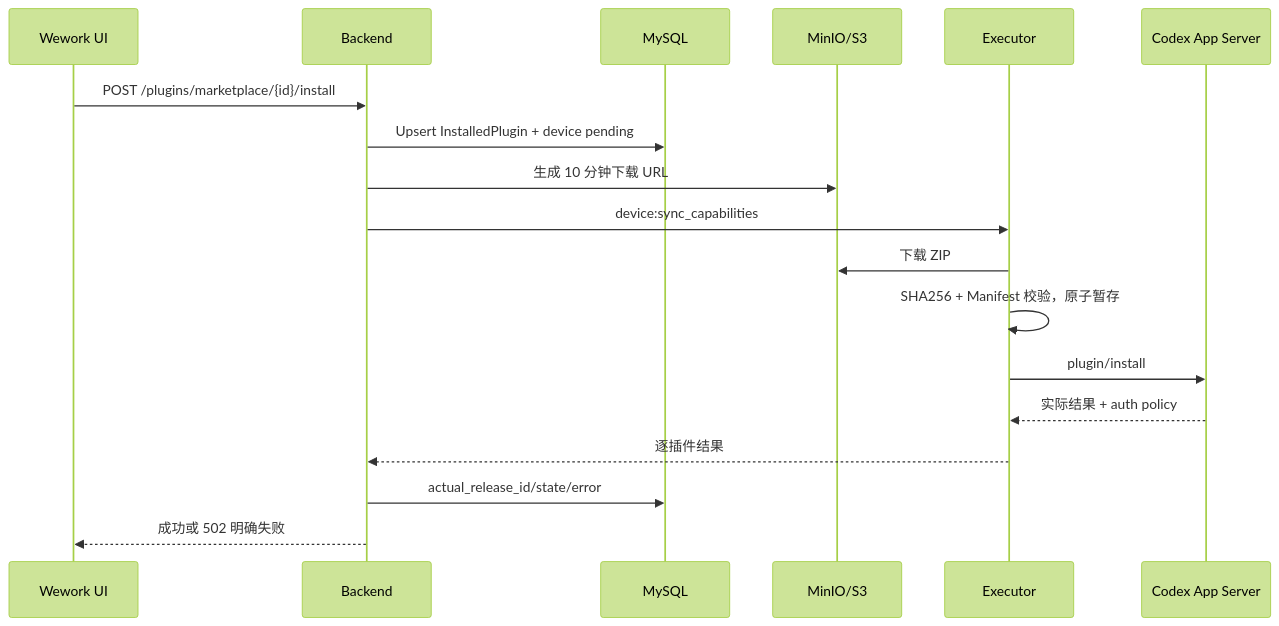
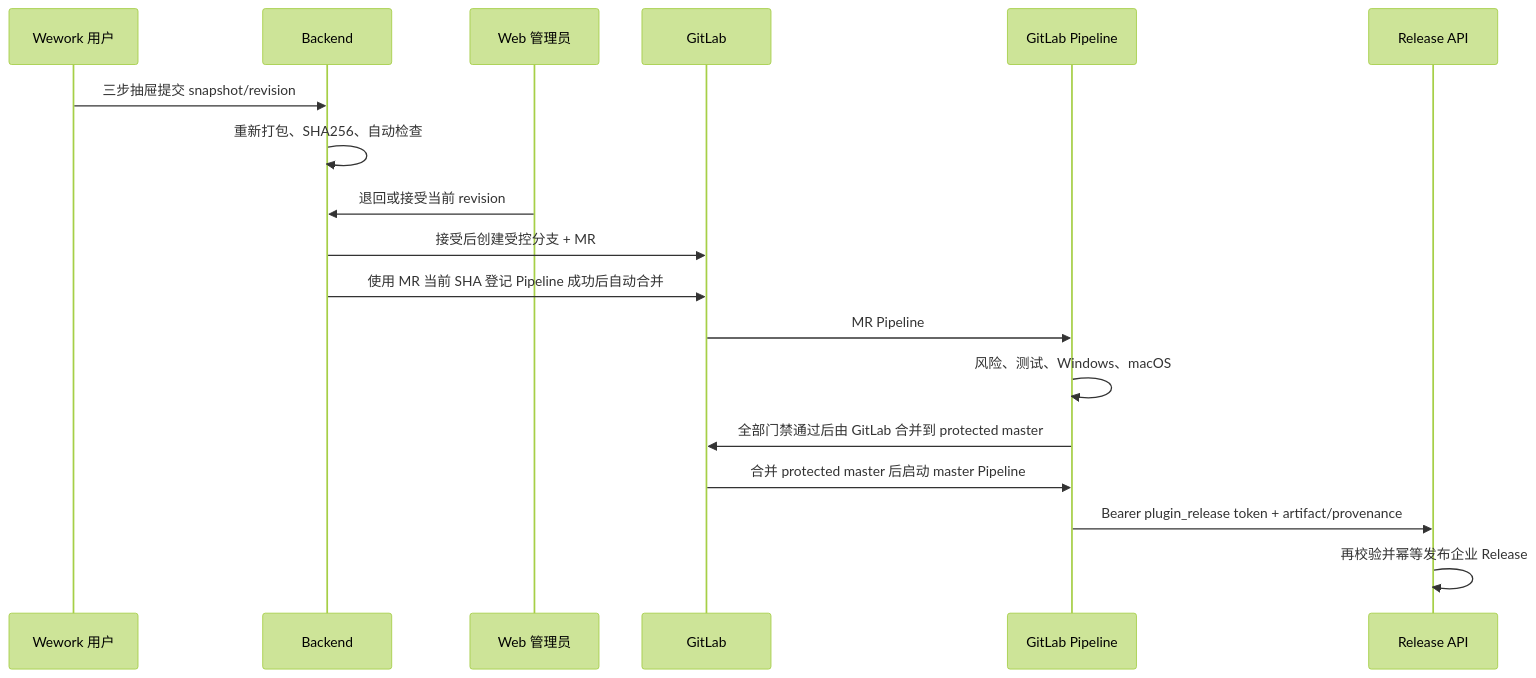
Before and after one commit to wecode-ai/wegent-docs: the third of 3 diagrams in i18n/zh/docusaurus-plugin-content-docs/current/wework/developer-guide/plugin-marketplace-v2.md, drawn with Mermaid (forest theme). The commit also changed other lines of this file and 9 other files, not shown here.

````diff
--- a/i18n/zh/docusaurus-plugin-content-docs/current/wework/developer-guide/plugin-marketplace-v2.md
+++ b/i18n/zh/docusaurus-plugin-content-docs/current/wework/developer-guide/plugin-marketplace-v2.md
@@ -133,20 +286,20 @@
 ```mermaid
 sequenceDiagram
-  participant UI as Wework UI
+  participant U as Wework 用户
   participant API as Backend
-  participant DB as MySQL
-  participant S3 as MinIO/S3
-  participant EX as Executor
-  participant CX as Codex App Server
-  UI->>API: POST /plugins/marketplace/{id}/install
-  API->>DB: Upsert InstalledPlugin + device pending
-  API->>S3: 生成 10 分钟下载 URL
-  API->>EX: device:sync_capabilities
-  EX->>S3: 下载 ZIP
-  EX->>EX: SHA256 + Manifest 校验，原子暂存
-  EX->>CX: plugin/install
-  CX-->>EX: 实际结果 + auth policy
-  EX-->>API: 逐插件结果
-  API->>DB: actual_release_id/state/error
-  API-->>UI: 成功或 502 明确失败
+  participant A as Web 管理员
+  participant GL as GitLab
+  participant CI as GitLab Pipeline
+  participant R as Release API
+  U->>API: 三步抽屉提交 snapshot/revision
+  API->>API: 重新打包、SHA256、自动检查
+  A->>API: 退回或接受当前 revision
+  API->>GL: 接受后创建受控分支 + MR
+  API->>GL: 使用 MR 当前 SHA 登记 Pipeline 成功后自动合并
+  GL->>CI: MR Pipeline
+  CI->>CI: 风险、测试、Windows、macOS
+  CI->>GL: 全部门禁通过后由 GitLab 合并到 protected master
+  GL->>CI: 合并 protected master 后启动 master Pipeline
+  CI->>R: Bearer plugin_release token + artifact/provenance
+  R->>R: 再校验并幂等发布企业 Release
 ```
````
